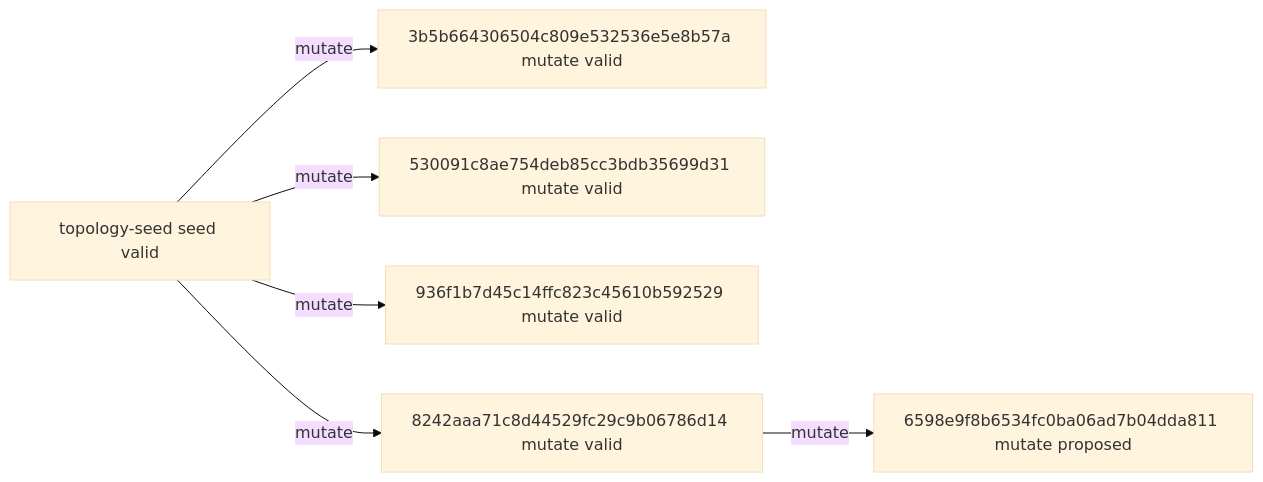
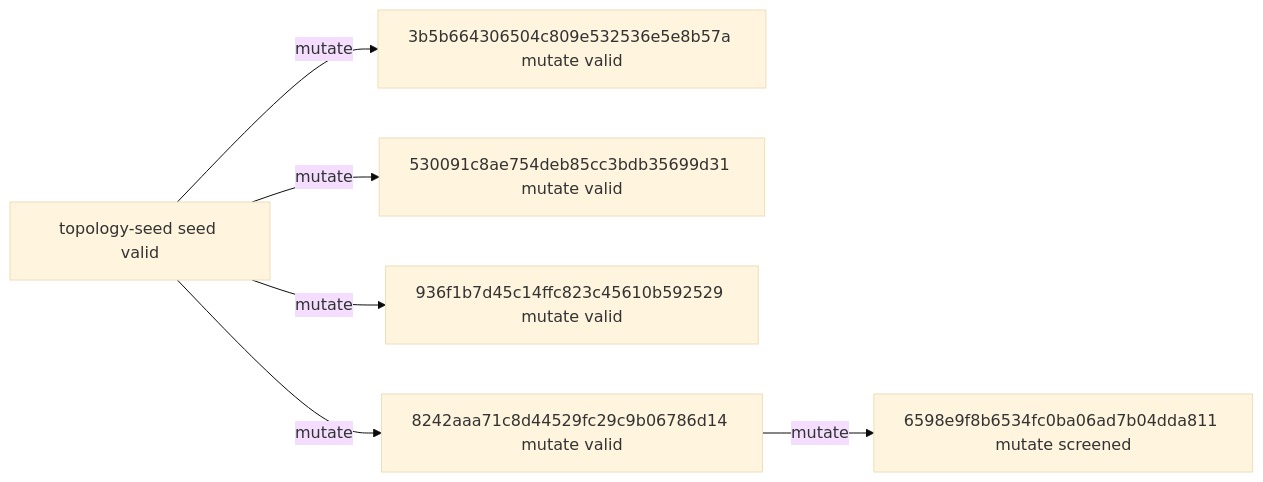
The diagram in experiments/campaigns/layout-numerical-lane1/README.md (timbtz/feyer-search-lab), drawn with Mermaid (base theme) before and after one commit. The commit also changed other lines of this file and 7 other files, not shown here.

````diff
--- a/experiments/campaigns/layout-numerical-lane1/README.md
+++ b/experiments/campaigns/layout-numerical-lane1/README.md
@@ -21,14 +21,14 @@
 ```mermaid
 graph LR
   n0["topology-seed seed valid"]
   n1["3b5b664306504c809e532536e5e8b57a mutate valid"]
   n2["530091c8ae754deb85cc3bdb35699d31 mutate valid"]
   n3["936f1b7d45c14ffc823c45610b592529 mutate valid"]
   n4["8242aaa71c8d44529fc29c9b06786d14 mutate valid"]
-  n5["6598e9f8b6534fc0ba06ad7b04dda811 mutate proposed"]
+  n5["6598e9f8b6534fc0ba06ad7b04dda811 mutate screened"]
   n0 -->|mutate| n1
   n0 -->|mutate| n2
   n0 -->|mutate| n3
   n0 -->|mutate| n4
   n4 -->|mutate| n5
 ```
````
